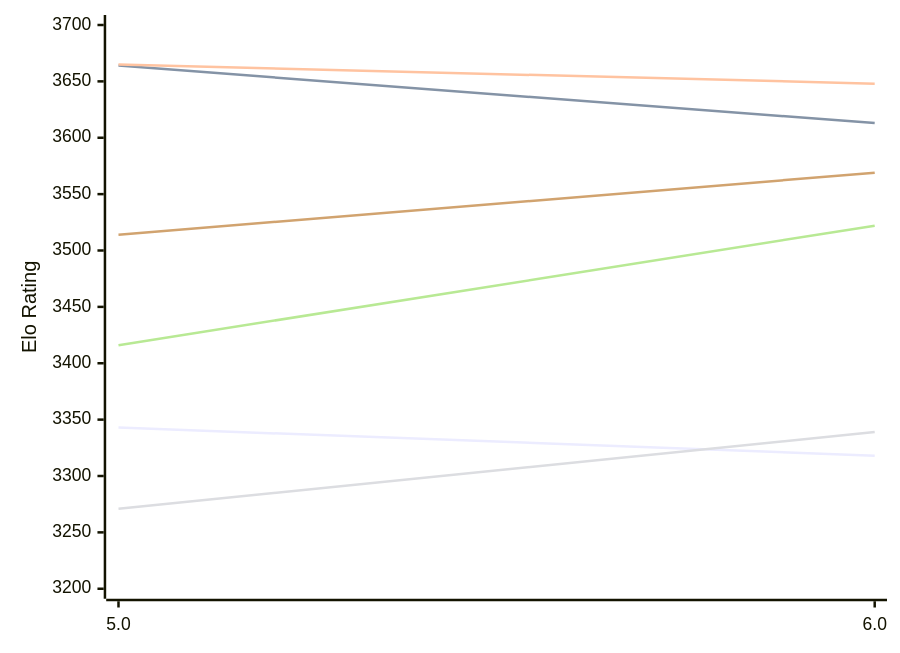
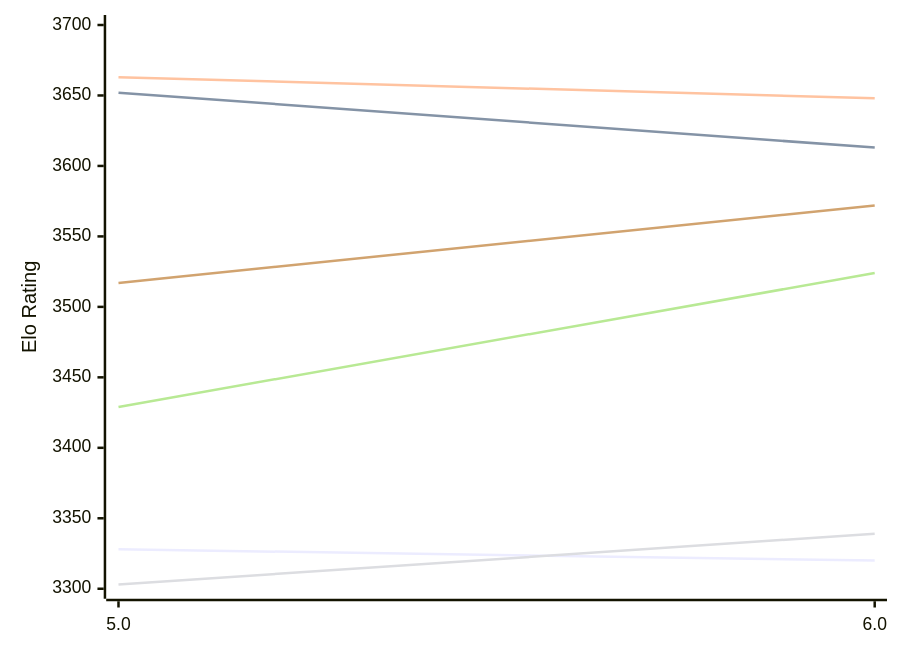
One commit to computer-chess-index/cci changed the first of 2 diagrams in engines/Tarnished.md. Above: the diagram before and after it, drawn with Mermaid. The commit also changed other lines of this file, not shown here.

Commit message:
Update CCI Ratings (ELO VLTC) - 2026-11-17

````diff
--- a/engines/Tarnished.md
+++ b/engines/Tarnished.md
@@ -51,12 +51,12 @@
 ```mermaid
 %%{init: {"theme":"base","themeVariables":{"seriesColors:['#a3a3a3','#222221','#faa371']}}}%%
 xychart-beta
   x-axis ["5.0", "6.0"]
-  y-axis "Elo Rating" 3200 --> 3700
-  line "E1: STC (8.0+0.08s)" [3343, 3318]
-  line "E1: LTC (60.0+0.60s)" [3664, 3613]
-  line "E1: VLTC (2m24s+1.12s)" [3665, 3648]
-  line "P1: STC (8.0+0.08s)" [3271, 3339]
-  line "P1: LTC (60.0+0.60s)" [3416, 3522]
-  line "P1: VLTC (2m24s+1.12s)" [3514, 3569]
+  y-axis "Elo Rating" 3300 --> 3700
+  line "E1: STC (8.0+0.08s)" [3328, 3320]
+  line "E1: LTC (60.0+0.60s)" [3652, 3613]
+  line "E1: VLTC (2m24s+1.12s)" [3663, 3648]
+  line "P1: STC (8.0+0.08s)" [3303, 3339]
+  line "P1: LTC (60.0+0.60s)" [3429, 3524]
+  line "P1: VLTC (2m24s+1.12s)" [3517, 3572]
 ```
````
